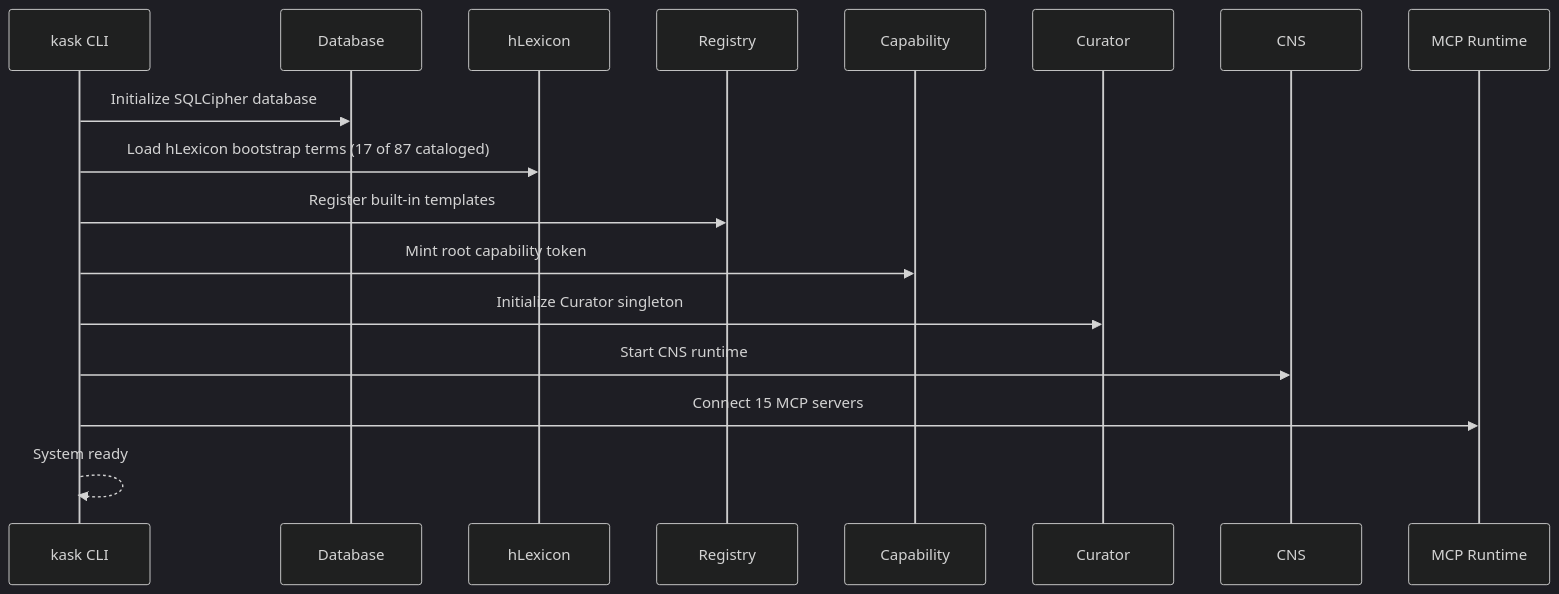
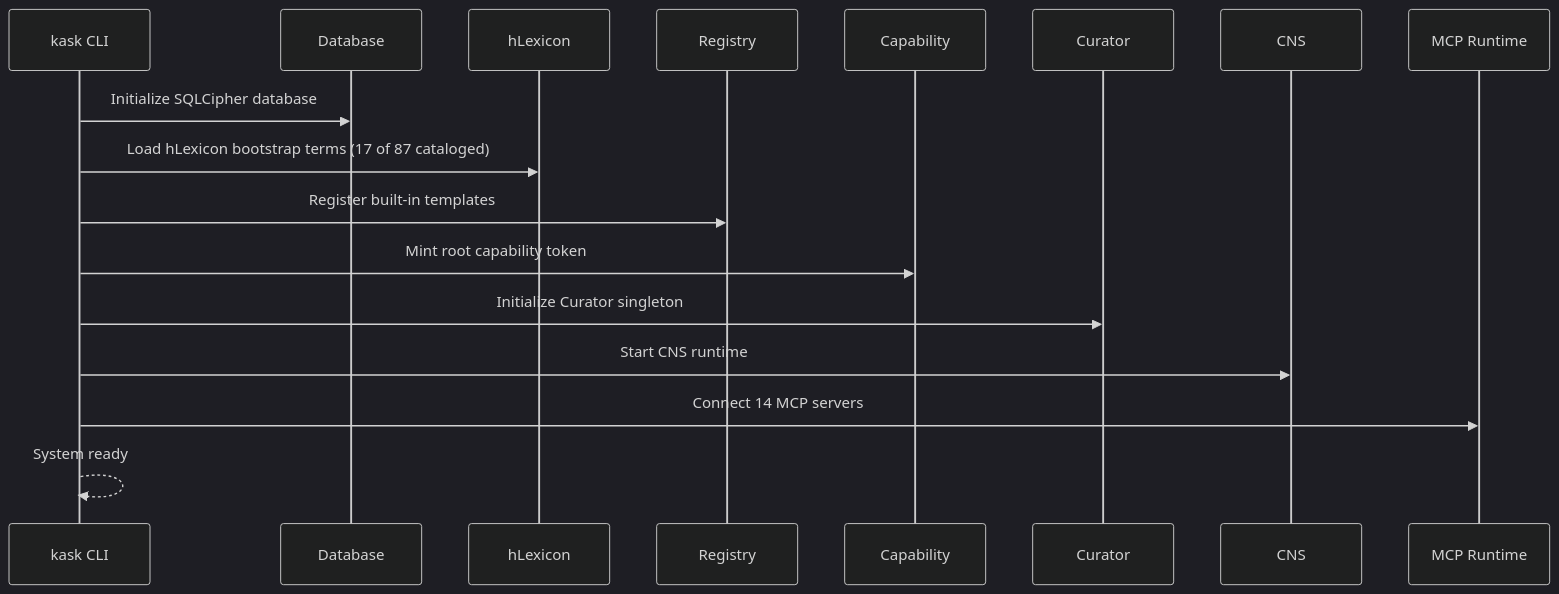
One commit to mdz-axo/hKask changed the second of 3 diagrams in docs/architecture/persistence-and-lifecycle.md. Above: the diagram before and after it, drawn with Mermaid (dark theme). The commit also changed 32 other files, not shown here.

````diff
--- a/docs/architecture/persistence-and-lifecycle.md
+++ b/docs/architecture/persistence-and-lifecycle.md
@@ -210,20 +210,20 @@
 ```mermaid
 sequenceDiagram
     participant CLI as kask CLI
     participant DB as Database
     participant LEX as hLexicon
     participant REG as Registry
     participant CAP as Capability
     participant CUR as Curator
     participant CNS as CNS
     participant MCP as MCP Runtime
 
     CLI->>DB: Initialize SQLCipher database
     CLI->>LEX: Load hLexicon bootstrap terms (17 of 87 cataloged)
     CLI->>REG: Register built-in templates
     CLI->>CAP: Mint root capability token
     CLI->>CUR: Initialize Curator singleton
     CLI->>CNS: Start CNS runtime
-    CLI->>MCP: Connect 15 MCP servers
+    CLI->>MCP: Connect 14 MCP servers
     CLI-->>CLI: System ready
 ```
````
